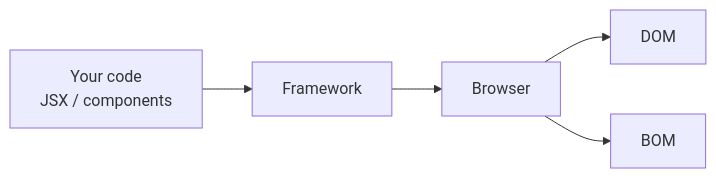
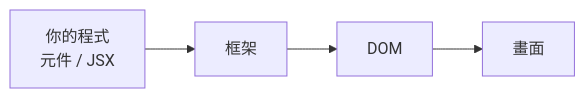
One commit to summer10920/summer10920.github.io changed the first of 3 diagrams in source/_posts/lokiTech-15day-09-react-basics.md. Above: the diagram before and after it, drawn with Mermaid. The commit also changed other lines of this file and 17 other files, not shown here.

```diff
--- a/source/_posts/lokiTech-15day-09-react-basics.md
+++ b/source/_posts/lokiTech-15day-09-react-basics.md
@@ -27,6 +27,5 @@
 {% mermaid graph LR %}
-  code["Your code<br/>JSX / components"] --> fw["Framework"]
-  fw --> browser["Browser"]
-  browser --> domNode["DOM"]
-  browser --> bomNode["BOM"]
+  code["你的程式<br/>元件 / JSX"] --> fw["框架"]
+  fw --> dom["DOM"]
+  dom --> screen["畫面"]
 {% endmermaid %}
```
